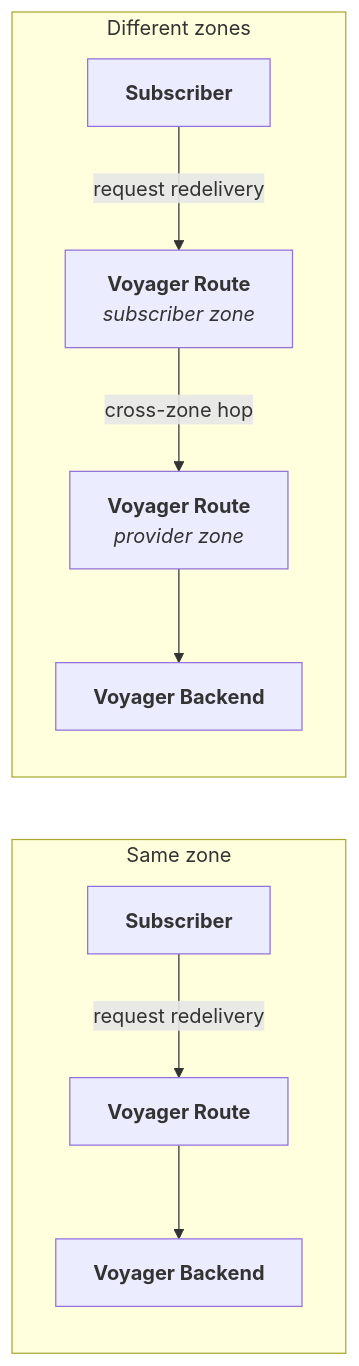
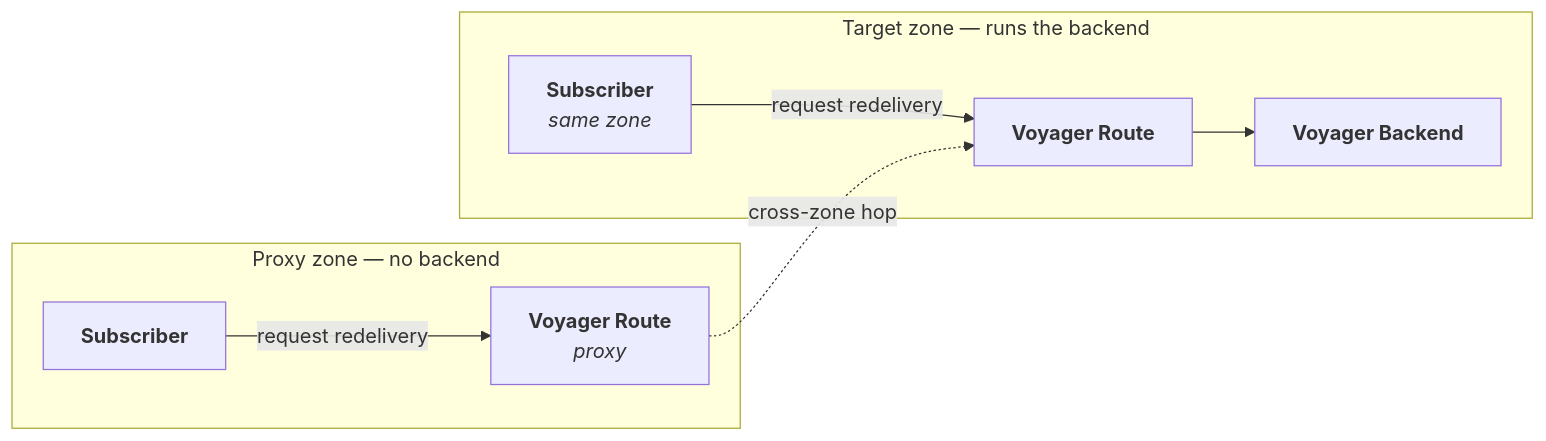
The third of 4 diagrams in docs/docs/architecture/event.mdx (telekom/controlplane), drawn with Mermaid before and after one commit. The commit also changed other lines of this file and 4 other files, not shown here.

````diff
--- a/docs/docs/architecture/event.mdx
+++ b/docs/docs/architecture/event.mdx
@@ -88,13 +98,13 @@
 ```mermaid
 graph LR
-    subgraph Local["Same zone"]
-        U1["<b>Subscriber</b>"] -->|"request redelivery"| VR1["<b>Voyager Route</b>"]
-        VR1 --> V1["<b>Voyager Backend</b>"]
+    subgraph PZ["Proxy zone — no backend"]
+        U2["<b>Subscriber</b>"] -->|"request redelivery"| VR2["<b>Voyager Route</b><br/><i>proxy</i>"]
     end
 
-    subgraph Cross["Different zones"]
-        U2["<b>Subscriber</b>"] -->|"request redelivery"| VR2["<b>Voyager Route</b><br/><i>subscriber zone</i>"]
-        VR2 -->|"cross-zone hop"| VR3["<b>Voyager Route</b><br/><i>provider zone</i>"]
-        VR3 --> V2["<b>Voyager Backend</b>"]
+    subgraph TZ["Target zone — runs the backend"]
+        U1["<b>Subscriber</b><br/><i>same zone</i>"] -->|"request redelivery"| VR1["<b>Voyager Route</b>"]
+        VR1 --> V["<b>Voyager Backend</b>"]
     end
+
+    VR2 -.->|"cross-zone hop"| VR1
 ```
````
